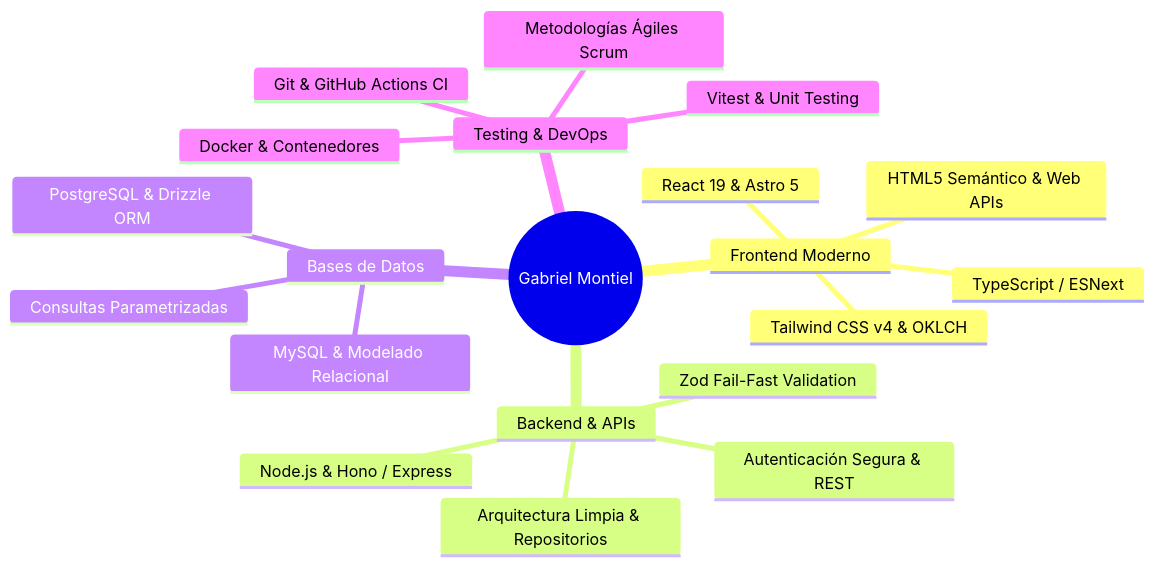
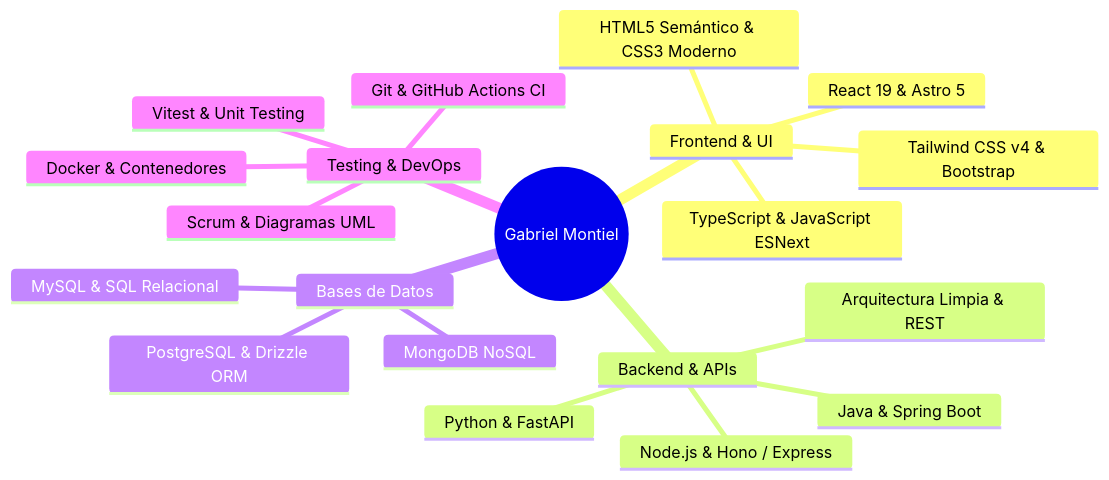
The diagram in README.md (Gabmon24/Gabmon24), drawn with Mermaid before and after one commit. The commit also changed other lines of this file, not shown here.

Commit message:
docs: restore full categorized tech stack badges (HTML, CSS, MySQL, etc.) alongside architecture mindmap

````diff
--- a/README.md
+++ b/README.md
@@ -41,23 +41,23 @@
 ```mermaid
 mindmap
   root((Gabriel Montiel))
-    Frontend Moderno
-      TypeScript / ESNext
+    Frontend & UI
+      TypeScript & JavaScript ESNext
       React 19 & Astro 5
-      Tailwind CSS v4 & OKLCH
-      HTML5 Semántico & Web APIs
+      Tailwind CSS v4 & Bootstrap
+      HTML5 Semántico & CSS3 Moderno
     Backend & APIs
       Node.js & Hono / Express
-      Arquitectura Limpia & Repositorios
-      Zod Fail-Fast Validation
-      Autenticación Segura & REST
+      Java & Spring Boot
+      Python & FastAPI
+      Arquitectura Limpia & REST
     Bases de Datos
       PostgreSQL & Drizzle ORM
-      MySQL & Modelado Relacional
-      Consultas Parametrizadas
+      MySQL & SQL Relacional
+      MongoDB NoSQL
     Testing & DevOps
       Vitest & Unit Testing
       Docker & Contenedores
       Git & GitHub Actions CI
-      Metodologías Ágiles Scrum
+      Scrum & Diagramas UML
 ```
````
